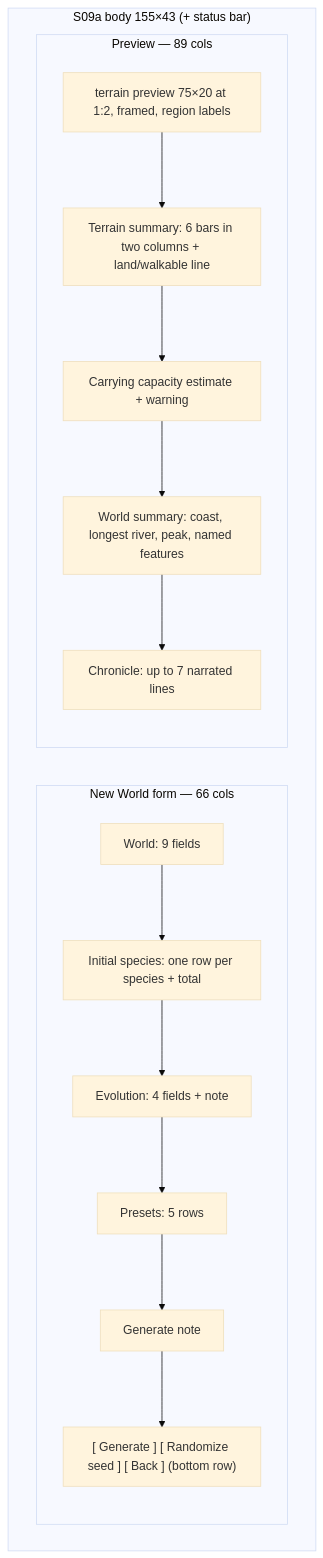
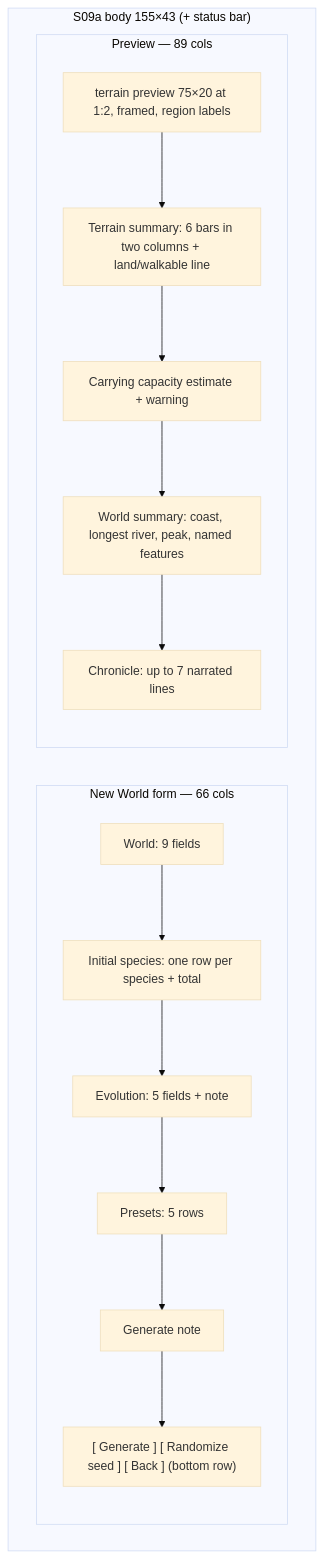
One commit to sbayer55/sim-fortress changed the diagram in docs/screens/s09-world-generation.md. Above: the diagram before and after it, drawn with Mermaid (base theme). The commit also changed other lines of this file and 44 other files, not shown here.

````diff
--- a/docs/screens/s09-world-generation.md
+++ b/docs/screens/s09-world-generation.md
@@ -33,25 +33,25 @@
 ```mermaid
 flowchart LR
     subgraph body["S09a body 155×43 (+ status bar)"]
         direction LR
         subgraph F["New World form — 66 cols"]
             direction TB
             F1["World: 9 fields"]
             F2["Initial species: one row per species + total"]
-            F3["Evolution: 4 fields + note"]
+            F3["Evolution: 5 fields + note"]
             F4["Presets: 5 rows"]
             F5["Generate note"]
             F6["[ Generate ] [ Randomize seed ] [ Back ] (bottom row)"]
             F1 --> F2 --> F3 --> F4 --> F5 --> F6
         end
         subgraph P["Preview — 89 cols"]
             direction TB
             P1["terrain preview 75×20 at 1:2, framed, region labels"]
             P2["Terrain summary: 6 bars in two columns + land/walkable line"]
             P3["Carrying capacity estimate + warning"]
             P4["World summary: coast, longest river, peak, named features"]
             P5["Chronicle: up to 7 narrated lines"]
             P1 --> P2 --> P3 --> P4 --> P5
         end
     end
 ```
````
